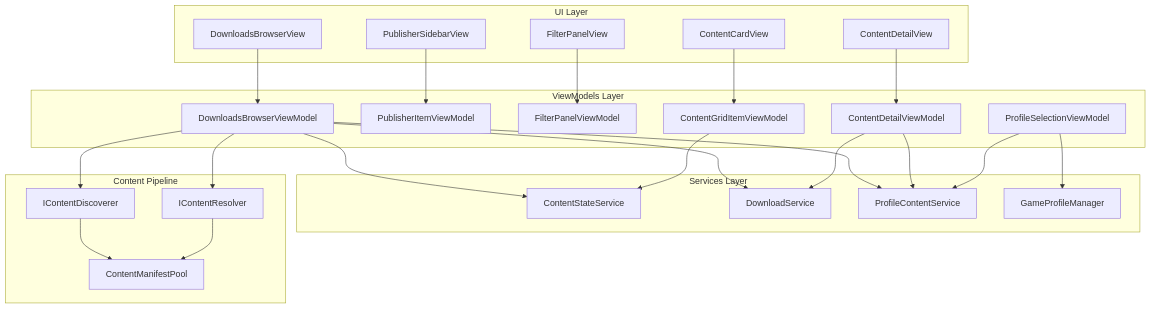
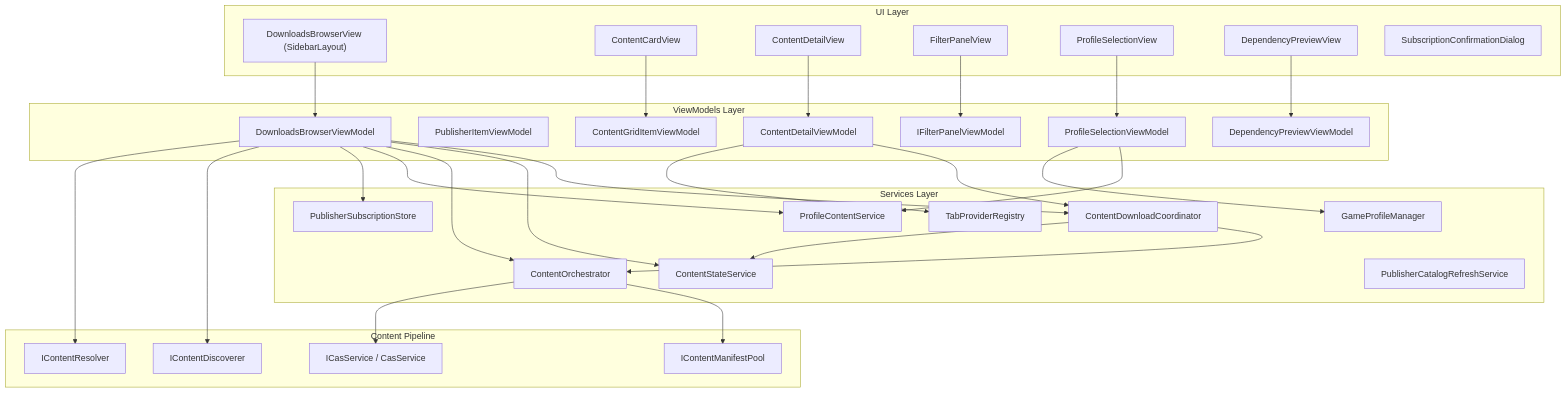
The first of 5 diagrams in docs/features/downloads.md (undead2146/GenHub), drawn with Mermaid before and after one commit. The commit also changed other lines of this file and 215 other files, not shown here.

Commit message:
feat(downloads): replace publisher cards with unified downloads browser view (#443)

````diff
--- a/docs/features/downloads.md
+++ b/docs/features/downloads.md
@@ -30,53 +38,64 @@
 ```mermaid
 graph TB
     subgraph UI["UI Layer"]
-        DBV[DownloadsBrowserView]
-        PSV[PublisherSidebarView]
-        FPV[FilterPanelView]
-        CGV[ContentCardView]
-        CDV[ContentDetailView]
+        DBV["DownloadsBrowserView (SidebarLayout)"]
+        CCV["ContentCardView"]
+        CDV["ContentDetailView"]
+        FPV["FilterPanelView"]
+        PSV["ProfileSelectionView"]
+        DPV["DependencyPreviewView"]
+        SCD["SubscriptionConfirmationDialog"]
     end
 
     subgraph ViewModels["ViewModels Layer"]
-        DBVM[DownloadsBrowserViewModel]
-        PVM[PublisherItemViewModel]
-        FVM[FilterPanelViewModel]
-        CGVM[ContentGridItemViewModel]
-        CDVM[ContentDetailViewModel]
-        PSVM[ProfileSelectionViewModel]
+        DBVM["DownloadsBrowserViewModel"]
+        PVM["PublisherItemViewModel"]
+        FVM["IFilterPanelViewModel"]
+        CGVM["ContentGridItemViewModel"]
+        CDVM["ContentDetailViewModel"]
+        PSVM["ProfileSelectionViewModel"]
+        DPVM["DependencyPreviewViewModel"]
     end
 
     subgraph Services["Services Layer"]
-        CSS[ContentStateService]
-        DS[DownloadService]
-        PCS[ProfileContentService]
-        GPM[GameProfileManager]
+        CDC["ContentDownloadCoordinator"]
+        CSS["ContentStateService"]
+        CO["ContentOrchestrator"]
+        PCS["ProfileContentService"]
+        GPM["GameProfileManager"]
+        PSS["PublisherSubscriptionStore"]
+        PCRS["PublisherCatalogRefreshService"]
+        TPR["TabProviderRegistry"]
     end
 
     subgraph Pipeline["Content Pipeline"]
-        CD[IContentDiscoverer]
-        CR[IContentResolver]
-        CMP[ContentManifestPool]
+        CD["IContentDiscoverer"]
+        CR["IContentResolver"]
+        CMP["IContentManifestPool"]
+        CAS["ICasService / CasService"]
     end
 
     DBV --> DBVM
-    PSV --> PVM
+    CCV --> CGVM
+    CDV --> CDVM
     FPV --> FVM
-    CGV --> CGVM
-    CDV --> CDVM
+    PSV --> PSVM
+    DPV --> DPVM
 
+    DBVM --> CDC
     DBVM --> CSS
-    DBVM --> DS
+    DBVM --> CO
     DBVM --> PCS
+    DBVM --> PSS
     DBVM --> CD
     DBVM --> CR
 
-    CGVM --> CSS
-    CDVM --> DS
-    CDVM --> PCS
+    CDC --> CO
+    CDC --> CSS
+    CO --> CMP
+    CO --> CAS
+    CDVM --> CDC
+    CDVM --> TPR
     PSVM --> PCS
     PSVM --> GPM
-
-    CD --> CMP
-    CR --> CMP
 ```
````
